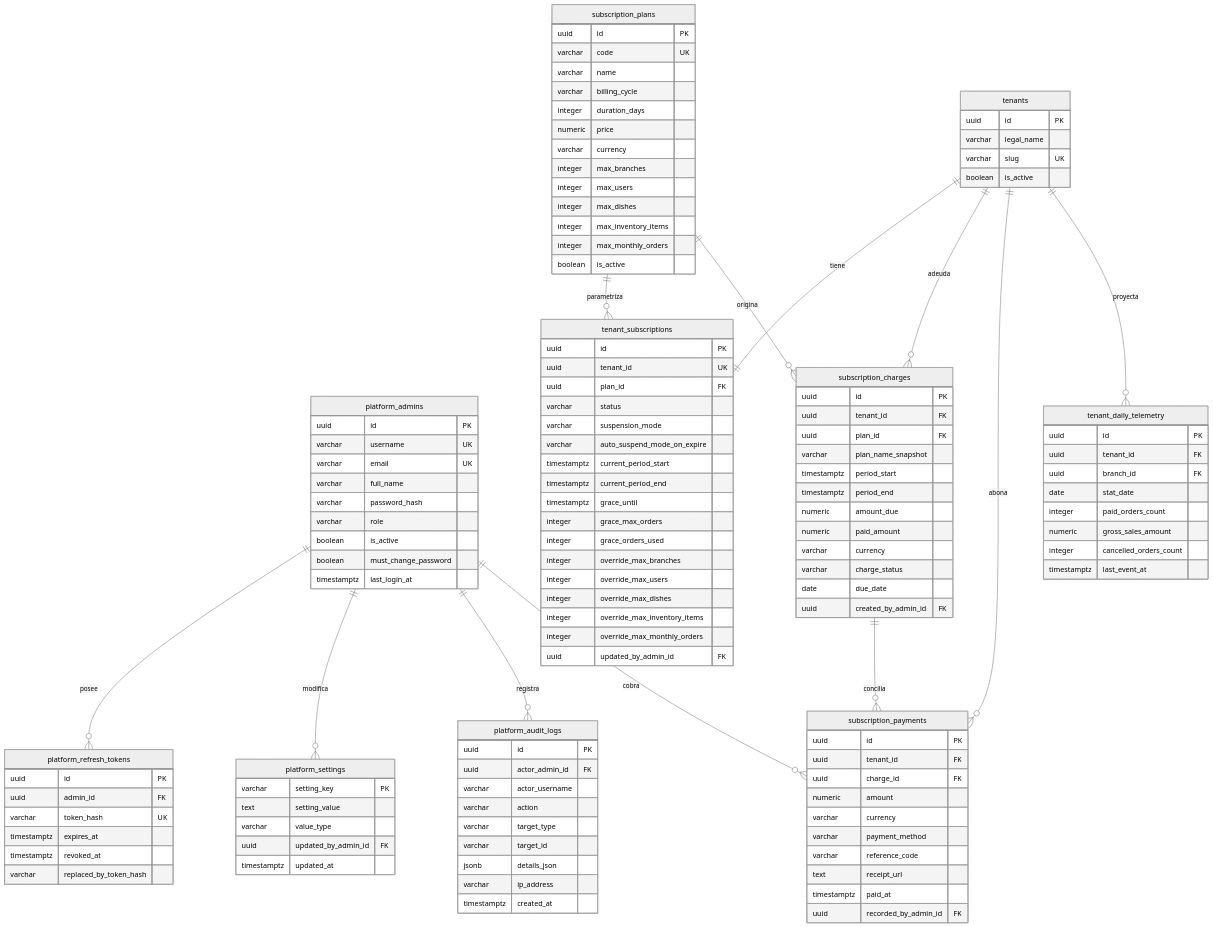
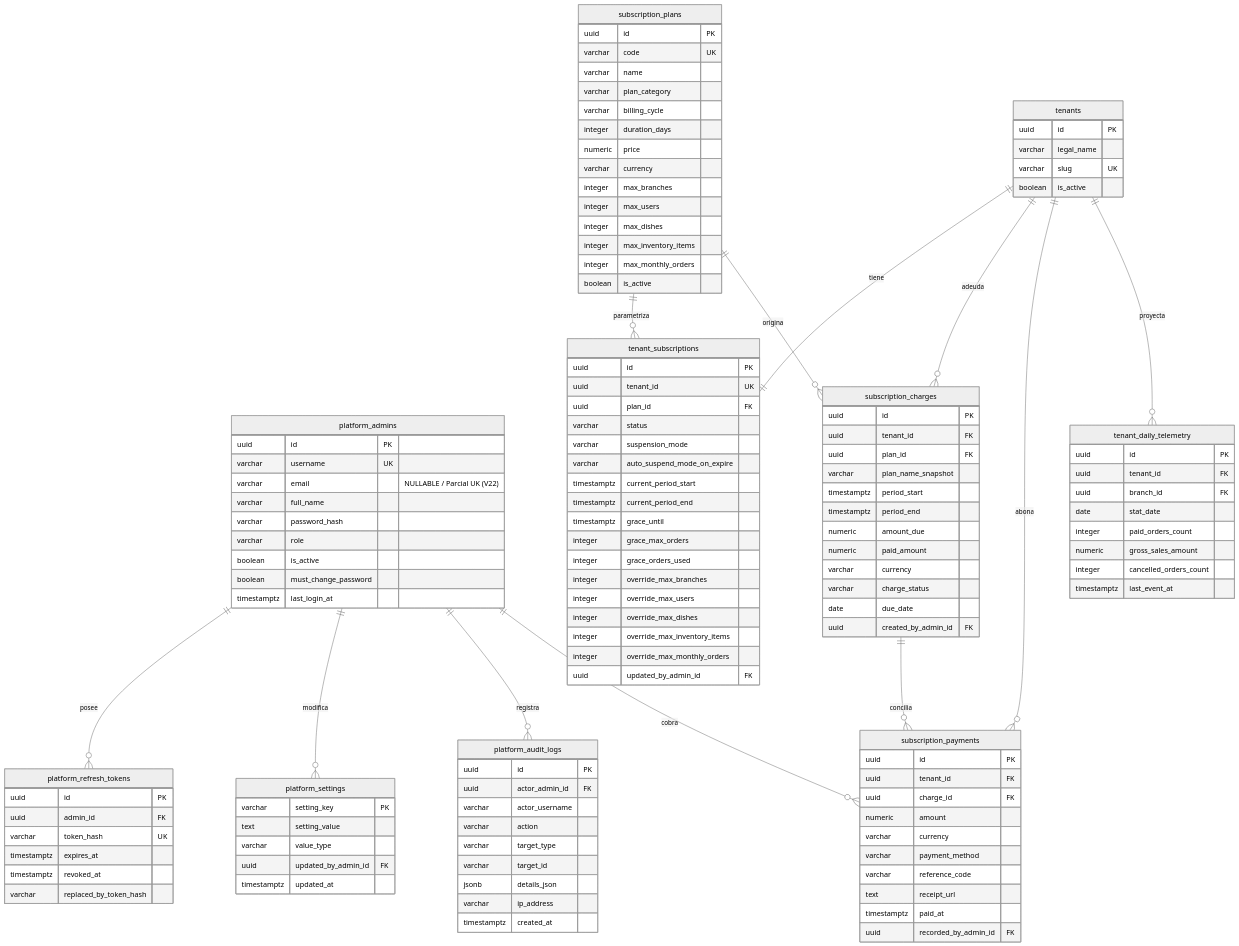
The diagram in docs/backoffice/architecture/domain_and_erd_subscriptions.md (vakajose/gestion-restaurante), drawn with Mermaid (neutral theme) before and after one commit. The commit also changed other lines of this file and 6 other files, not shown here.

Commit message:
docs: sync test inventory and architecture specs for Sprint 6 UAT fixes (TASK-613 partial)

```diff
--- a/docs/backoffice/architecture/domain_and_erd_subscriptions.md
+++ b/docs/backoffice/architecture/domain_and_erd_subscriptions.md
@@ -24,7 +24,7 @@
     platform_admins {
         uuid id PK
         varchar username UK
-        varchar email UK
+        varchar email "NULLABLE / Parcial UK (V22)"
         varchar full_name
         varchar password_hash
         varchar role
@@ -61,6 +61,7 @@
         uuid id PK
         varchar code UK
         varchar name
+        varchar plan_category
         varchar billing_cycle
         integer duration_days
         numeric price
```
